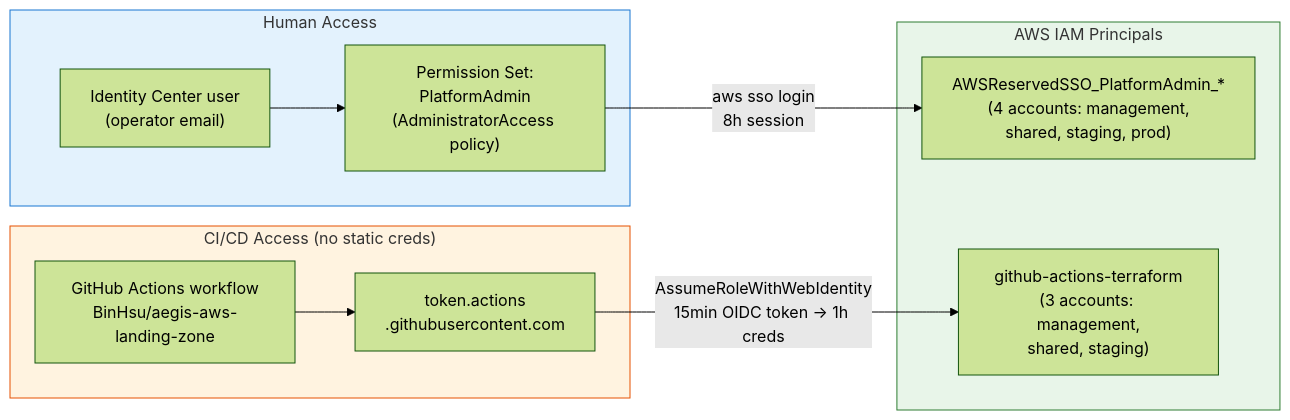
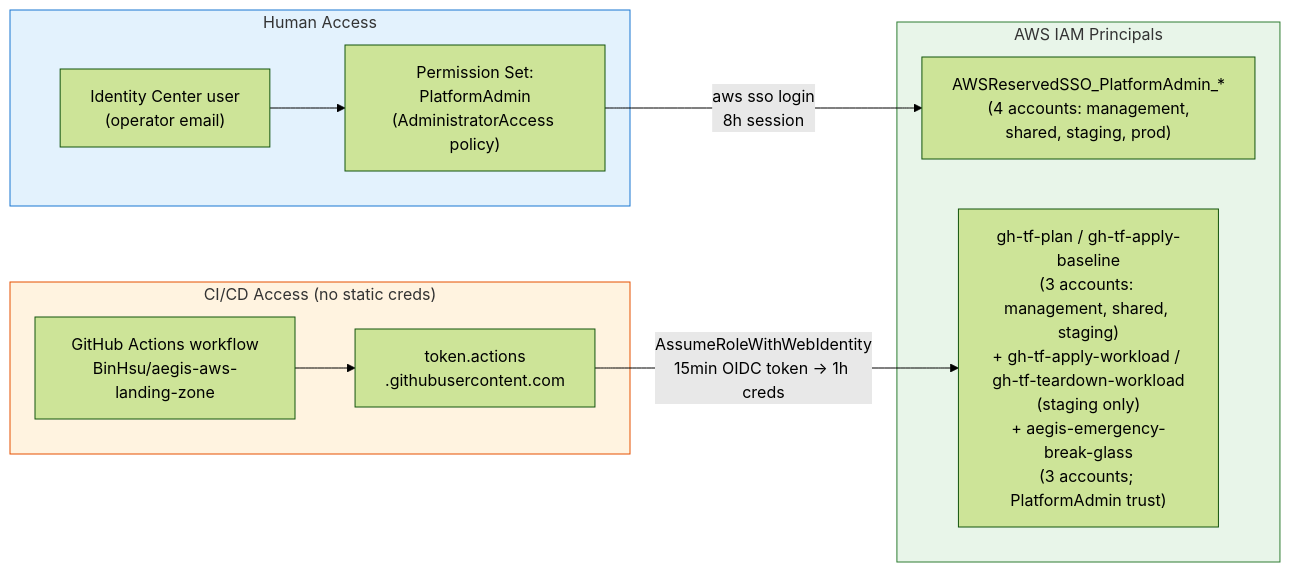
The third of 5 diagrams in docs/architecture.md (BinHsu/aegis-aws-landing-zone), drawn with Mermaid (forest theme) before and after one commit. The commit also changed other lines of this file and 3 other files, not shown here.

````diff
--- a/docs/architecture.md
+++ b/docs/architecture.md
@@ -95,26 +95,26 @@
 ```mermaid
 flowchart LR
   subgraph Human["Human Access"]
     bin["Identity Center user<br/>(operator email)"]
     ps["Permission Set:<br/>PlatformAdmin<br/>(AdministratorAccess policy)"]
   end
 
   subgraph CI["CI/CD Access (no static creds)"]
     gha["GitHub Actions workflow<br/>BinHsu/aegis-aws-landing-zone"]
     oidc["token.actions<br/>.githubusercontent.com"]
   end
 
   subgraph AWS["AWS IAM Principals"]
     sso_roles["AWSReservedSSO_PlatformAdmin_*<br/>(4 accounts: management,<br/>shared, staging, prod)"]
-    ci_roles["github-actions-terraform<br/>(3 accounts: management,<br/>shared, staging)"]
+    ci_roles["gh-tf-plan / gh-tf-apply-baseline<br/>(3 accounts: management, shared, staging)<br/>+ gh-tf-apply-workload / gh-tf-teardown-workload<br/>(staging only)<br/>+ aegis-emergency-break-glass<br/>(3 accounts; PlatformAdmin trust)"]
   end
 
   bin --> ps
   ps -->|aws sso login<br/>8h session| sso_roles
   gha --> oidc
   oidc -->|AssumeRoleWithWebIdentity<br/>15min OIDC token → 1h creds| ci_roles
 
   style Human fill:#e3f2fd,stroke:#1976d2
   style CI fill:#fff3e0,stroke:#e65100
   style AWS fill:#e8f5e9,stroke:#2e7d32
 ```
````
